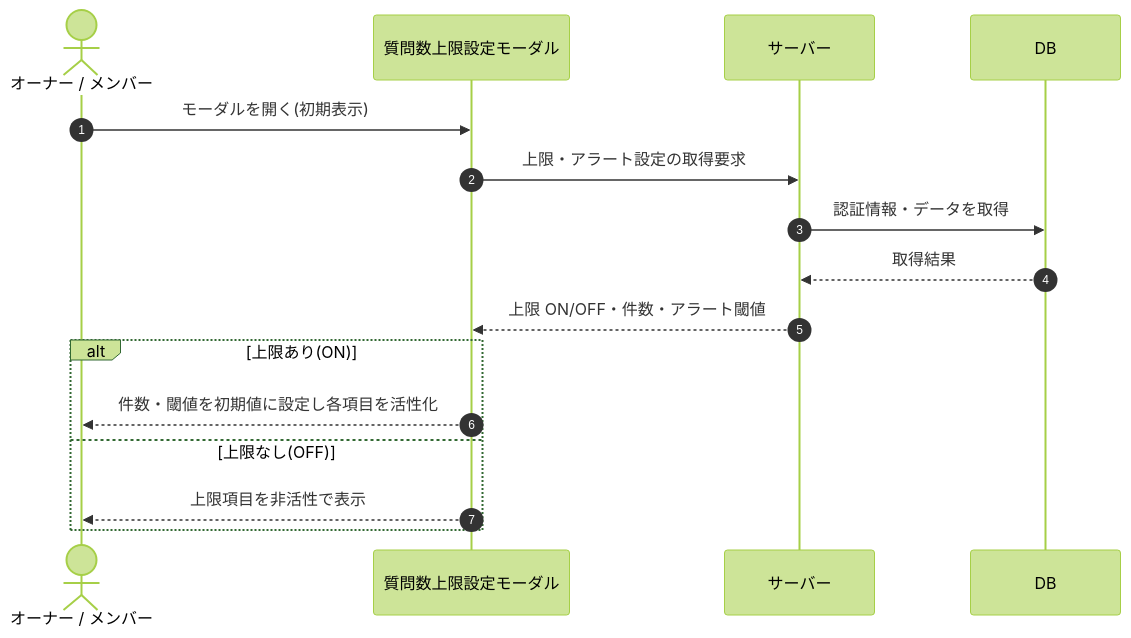
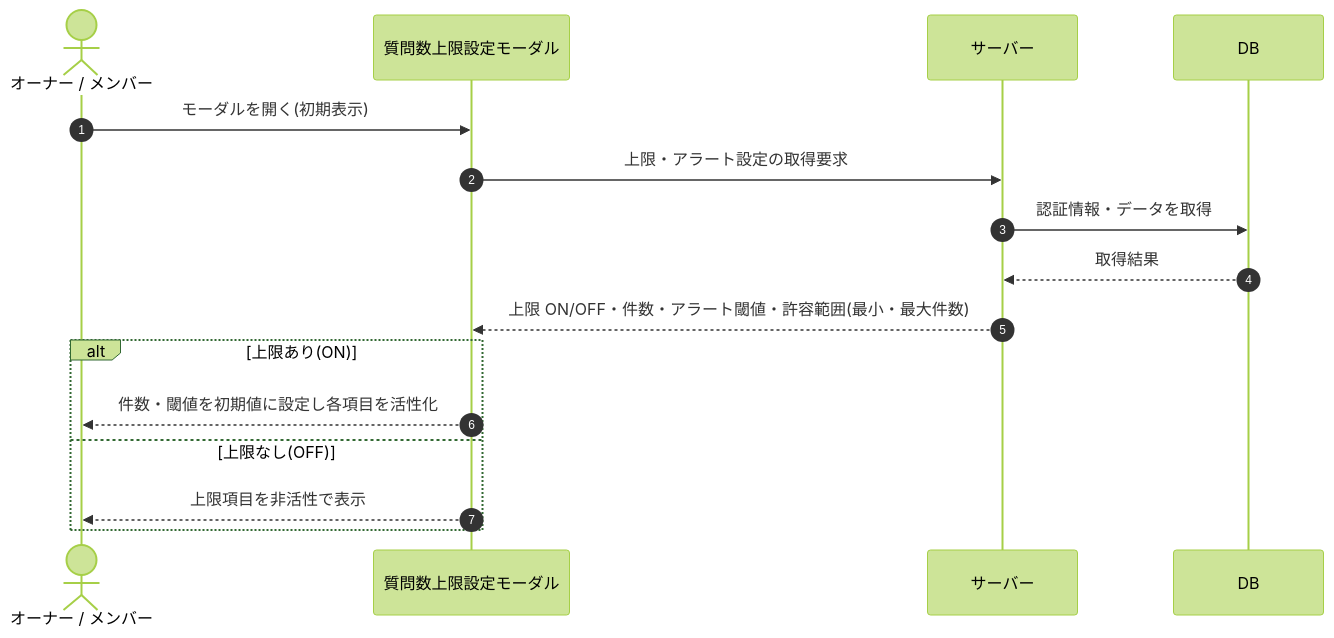
One commit to sikakou54/open-faq changed the diagram in 02_basic_design/03_sequences/SEQ-077.md. Above: the diagram before and after it, drawn with Mermaid (forest theme). The commit also changed 2 other files, not shown here.

Commit message:
Update design documents for second round of reviews

````diff
--- a/02_basic_design/03_sequences/SEQ-077.md
+++ b/02_basic_design/03_sequences/SEQ-077.md
@@ -15,18 +15,18 @@
 ```mermaid
 sequenceDiagram
   autonumber
   actor U as オーナー / メンバー
   participant Screen as 質問数上限設定モーダル
   participant Server as サーバー
   participant DB as DB
   U->>Screen: モーダルを開く(初期表示)
   Screen->>Server: 上限・アラート設定の取得要求
   Server->>DB: 認証情報・データを取得
   DB-->>Server: 取得結果
-  Server-->>Screen: 上限 ON/OFF・件数・アラート閾値
+  Server-->>Screen: 上限 ON/OFF・件数・アラート閾値・許容範囲(最小・最大件数)
   alt 上限あり(ON)
     Screen-->>U: 件数・閾値を初期値に設定し各項目を活性化
   else 上限なし(OFF)
     Screen-->>U: 上限項目を非活性で表示
   end
 ```
````
